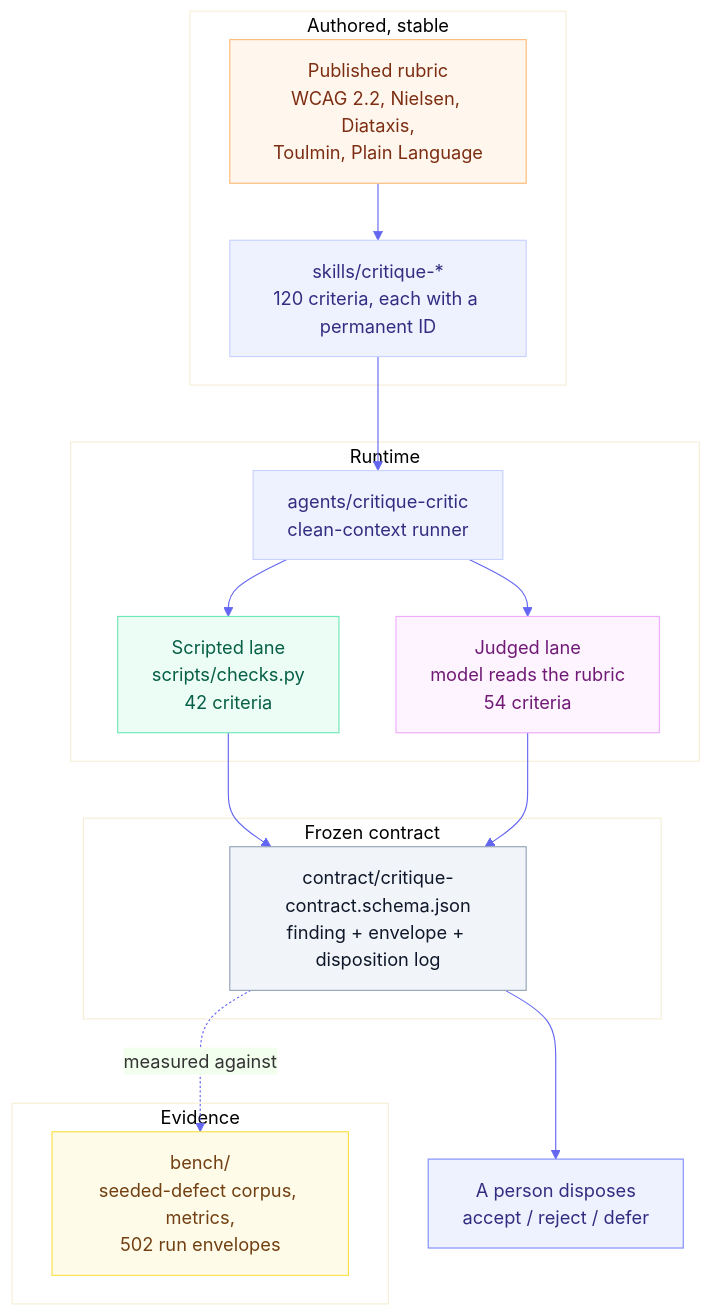
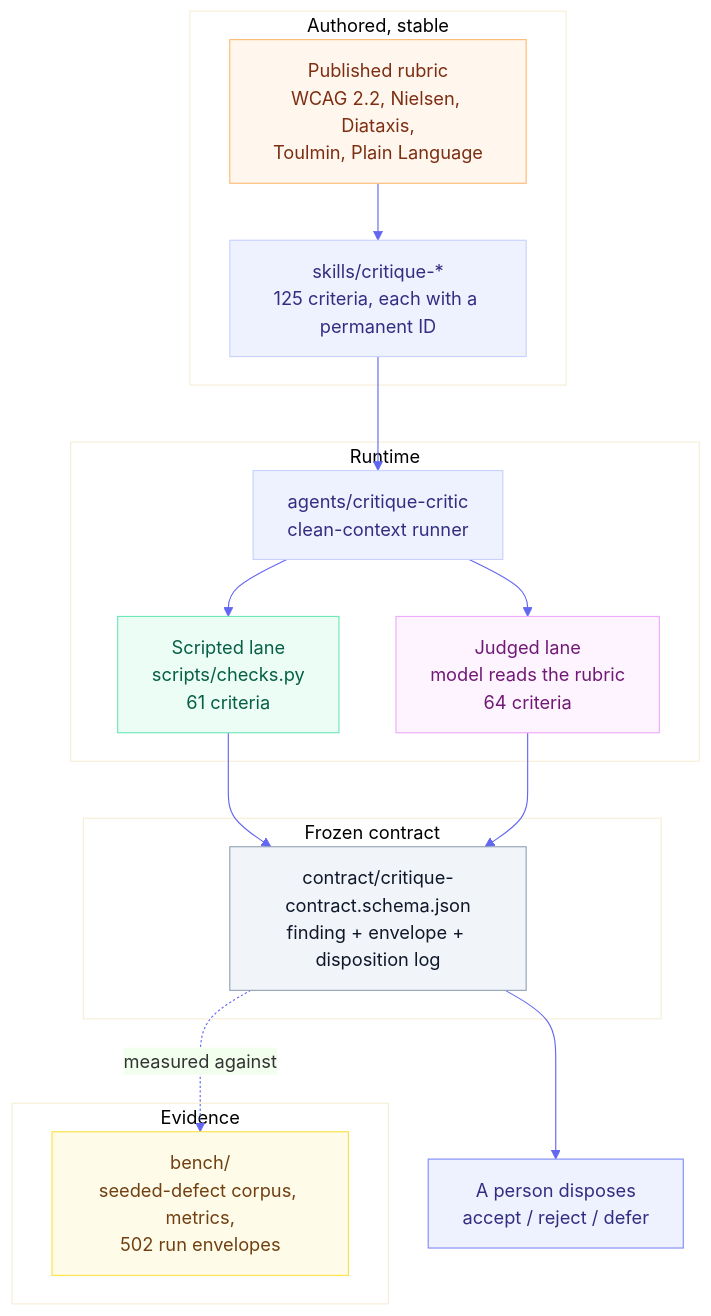
Before and after one commit to product-on-purpose/critique-skills: the diagram in docs/explanation/architecture.md, drawn with Mermaid. The commit also changed other lines of this file and 61 other files, not shown here.

````diff
--- a/docs/explanation/architecture.md
+++ b/docs/explanation/architecture.md
@@ -24,36 +24,36 @@
 ```mermaid
 %%{init: {'theme':'base','themeVariables':{'primaryColor':'#eef2ff','primaryBorderColor':'#c7d2fe','lineColor':'#6366f1','fontFamily':'system-ui, sans-serif'}}}%%
 flowchart TD
   subgraph authored["Authored, stable"]
     rubric["Published rubric<br/>WCAG 2.2, Nielsen, Diataxis,<br/>Toulmin, Plain Language"]:::src
-    skill["skills/critique-*<br/>120 criteria, each with a permanent ID"]:::comp
+    skill["skills/critique-*<br/>125 criteria, each with a permanent ID"]:::comp
   end
   subgraph runtime["Runtime"]
     critic["agents/critique-critic<br/>clean-context runner"]:::comp
-    scripted["Scripted lane<br/>scripts/checks.py<br/>42 criteria"]:::det
-    judged["Judged lane<br/>model reads the rubric<br/>54 criteria"]:::mod
+    scripted["Scripted lane<br/>scripts/checks.py<br/>61 criteria"]:::det
+    judged["Judged lane<br/>model reads the rubric<br/>64 criteria"]:::mod
   end
   subgraph frozen["Frozen contract"]
     schema["contract/critique-contract.schema.json<br/>finding + envelope + disposition log"]:::contract
   end
   subgraph evidence["Evidence"]
     bench["bench/<br/>seeded-defect corpus, metrics,<br/>502 run envelopes"]:::ev
   end
 
   rubric --> skill
   skill --> critic
   critic --> scripted
   critic --> judged
   scripted --> schema
   judged --> schema
   schema --> human["A person disposes<br/>accept / reject / defer"]:::out
   schema -.measured against.-> bench
 
   classDef src fill:#fff7ed,stroke:#fdba74,color:#7c2d12
   classDef comp fill:#eef2ff,stroke:#c7d2fe,color:#312e81
   classDef det fill:#ecfdf5,stroke:#6ee7b7,color:#065f46
   classDef mod fill:#fdf4ff,stroke:#f0abfc,color:#701a75
   classDef contract fill:#f1f5f9,stroke:#94a3b8,color:#0f172a
   classDef ev fill:#fefce8,stroke:#fde047,color:#713f12
   classDef out fill:#eef2ff,stroke:#818cf8,color:#312e81
 ```
````
